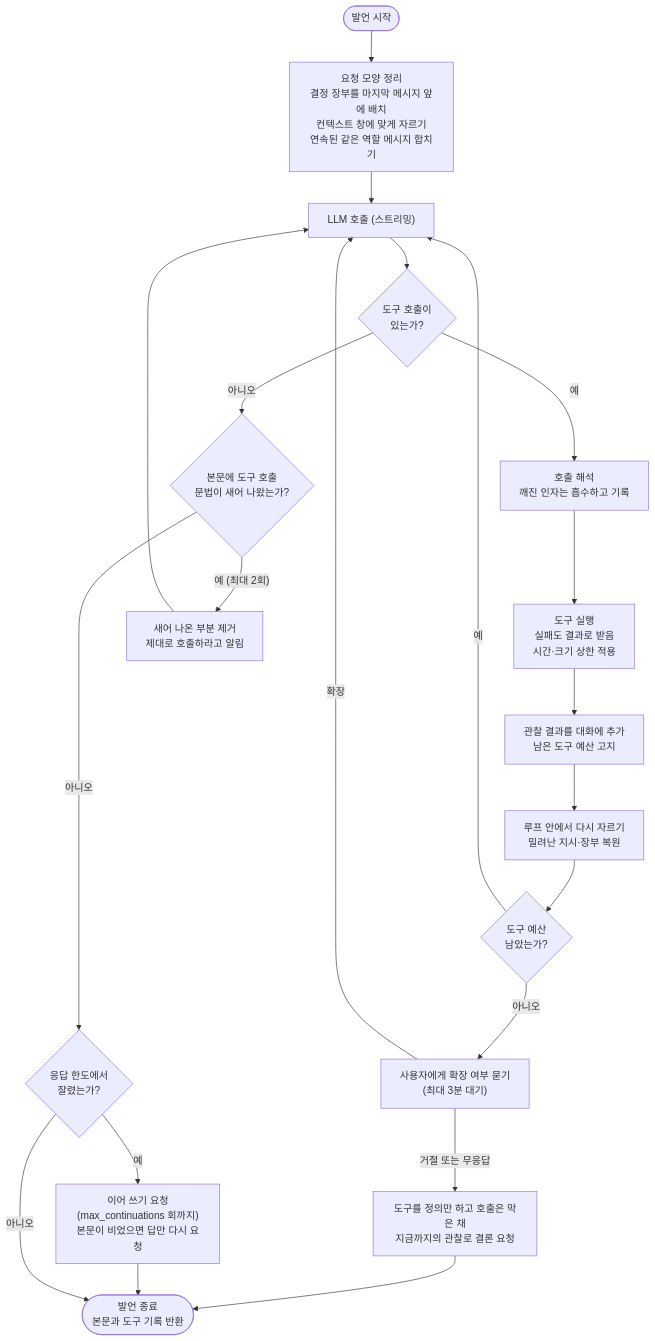
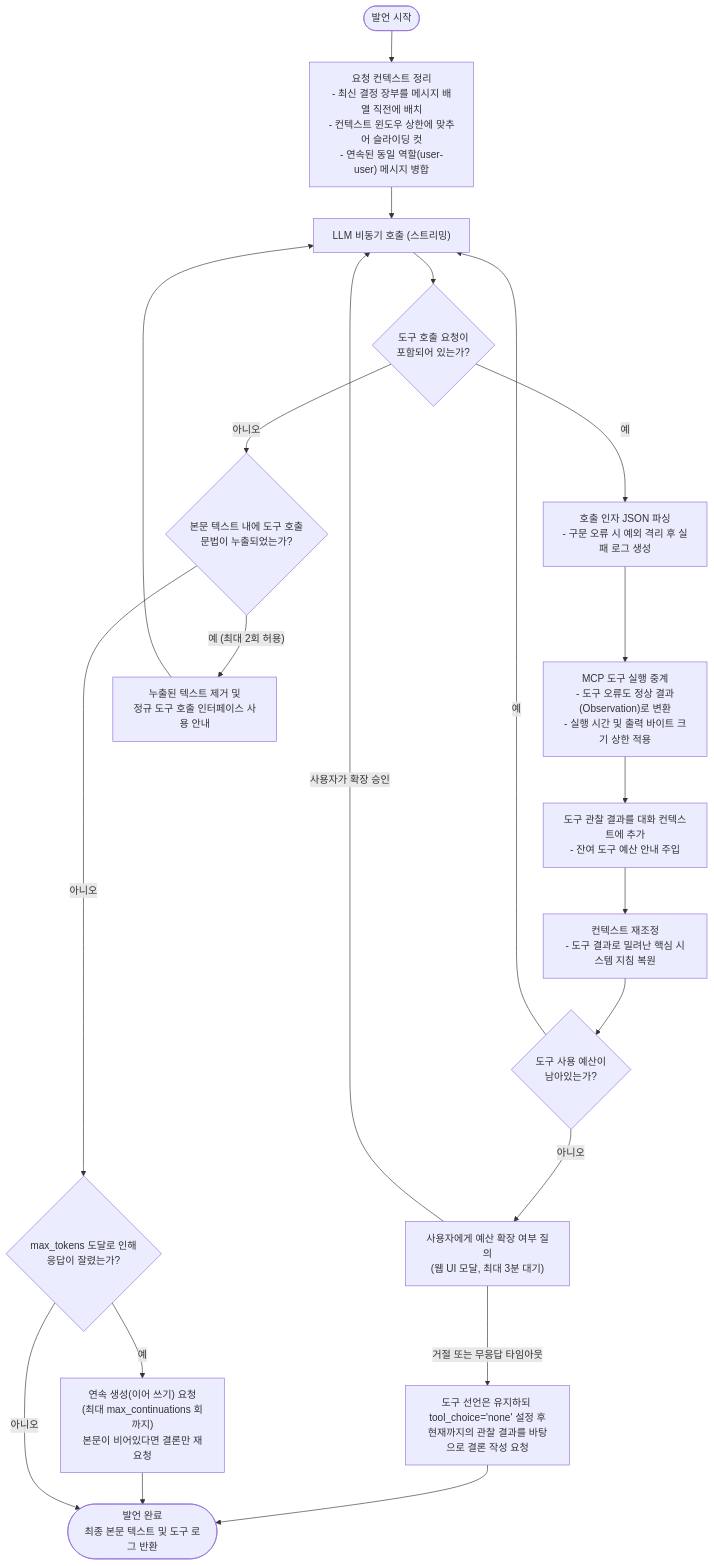
One commit to HaJaehee/MultiAgentDebateAndOrchestrationPlatform changed the fourth of 10 diagrams in lectures/03-architecture/02-dynamic-view.md. Above: the diagram before and after it, drawn with Mermaid. The commit also changed other lines of this file and 39 other files, not shown here.

````diff
--- a/lectures/03-architecture/02-dynamic-view.md
+++ b/lectures/03-architecture/02-dynamic-view.md
@@ -198,25 +163,25 @@
 ```mermaid
 flowchart TB
-    start(["발언 시작"]) --> shape["요청 모양 정리<br/>결정 장부를 마지막 메시지 앞에 배치<br/>컨텍스트 창에 맞게 자르기<br/>연속된 같은 역할 메시지 합치기"]
-    shape --> llmcall["LLM 호출 (스트리밍)"]
-    llmcall --> hasTool{"도구 호출이<br/>있는가?"}
+    start(["발언 시작"]) --> shape["요청 컨텍스트 정리<br/>- 최신 결정 장부를 메시지 배열 직전에 배치<br/>- 컨텍스트 윈도우 상한에 맞추어 슬라이딩 컷<br/>- 연속된 동일 역할(user-user) 메시지 병합"]
+    shape --> llmcall["LLM 비동기 호출 (스트리밍)"]
+    llmcall --> hasTool{"도구 호출 요청이<br/>포함되어 있는가?"}
 
-    hasTool -->|"예"| parse["호출 해석<br/>깨진 인자는 흡수하고 기록"]
-    parse --> exec["도구 실행<br/>실패도 결과로 받음<br/>시간·크기 상한 적용"]
-    exec --> append["관찰 결과를 대화에 추가<br/>남은 도구 예산 고지"]
-    append --> fit["루프 안에서 다시 자르기<br/>밀려난 지시·장부 복원"]
-    fit --> budget{"도구 예산<br/>남았는가?"}
+    hasTool -->|"예"| parse["호출 인자 JSON 파싱<br/>- 구문 오류 시 예외 격리 후 실패 로그 생성"]
+    parse --> exec["MCP 도구 실행 중계<br/>- 도구 오류도 정상 결과(Observation)로 변환<br/>- 실행 시간 및 출력 바이트 크기 상한 적용"]
+    exec --> append["도구 관찰 결과를 대화 컨텍스트에 추가<br/>- 잔여 도구 예산 안내 주입"]
+    append --> fit["컨텍스트 재조정<br/>- 도구 결과로 밀려난 핵심 시스템 지침 복원"]
+    fit --> budget{"도구 사용 예산이<br/>남아있는가?"}
     budget -->|"예"| llmcall
-    budget -->|"아니오"| ask["사용자에게 확장 여부 묻기<br/>(최대 3분 대기)"]
-    ask -->|"확장"| llmcall
-    ask -->|"거절 또는 무응답"| wrap["도구를 정의만 하고 호출은 막은 채<br/>지금까지의 관찰로 결론 요청"]
+    budget -->|"아니오"| ask["사용자에게 예산 확장 여부 질의<br/>(웹 UI 모달, 최대 3분 대기)"]
+    ask -->|"사용자가 확장 승인"| llmcall
+    ask -->|"거절 또는 무응답 타임아웃"| wrap["도구 선언은 유지하되 tool_choice='none' 설정 후<br/>현재까지의 관찰 결과를 바탕으로 결론 작성 요청"]
     wrap --> done
 
-    hasTool -->|"아니오"| leak{"본문에 도구 호출<br/>문법이 새어 나왔는가?"}
-    leak -->|"예 (최대 2회)"| retell["새어 나온 부분 제거<br/>제대로 호출하라고 알림"]
+    hasTool -->|"아니오"| leak{"본문 텍스트 내에 도구 호출<br/>문법이 누출되었는가?"}
+    leak -->|"예 (최대 2회 허용)"| retell["누출된 텍스트 제거 및<br/>정규 도구 호출 인터페이스 사용 안내"]
     retell --> llmcall
-    leak -->|"아니오"| cut{"응답 한도에서<br/>잘렸는가?"}
-    cut -->|"예"| cont["이어 쓰기 요청<br/>(max_continuations 회까지)<br/>본문이 비었으면 답만 다시 요청"]
+    leak -->|"아니오"| cut{"max_tokens 도달로 인해<br/>응답이 잘렸는가?"}
+    cut -->|"예"| cont["연속 생성(이어 쓰기) 요청<br/>(최대 max_continuations 회까지)<br/>본문이 비어있다면 결론만 재요청"]
     cont --> done
-    cut -->|"아니오"| done(["발언 종료<br/>본문과 도구 기록 반환"])
+    cut -->|"아니오"| done(["발언 완료<br/>최종 본문 텍스트 및 도구 로그 반환"])
 ```
````
